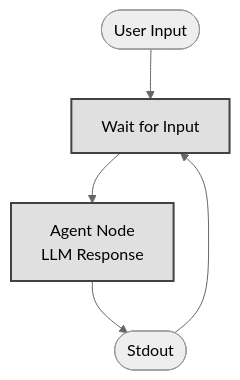
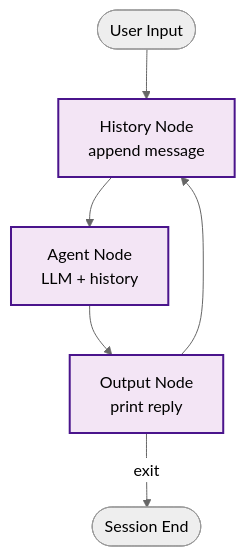
Before and after one commit to EzekTec-Inc/AgentFlow: the diagram in examples/REPL.md, drawn with Mermaid (neutral theme). The commit also changed other lines of this file and 23 other files, not shown here.

````diff
--- a/examples/REPL.md
+++ b/examples/REPL.md
@@ -17,10 +29,11 @@
 ```mermaid
 graph TD
-    User([User Input]) --> Wait[Wait for Input]
-    Wait --> Agent[Agent Node<br>LLM Response]
-    Agent --> Output([Stdout])
-    Output --> Wait
-    
-    classDef repl fill:#e0e0e0,stroke:#424242,stroke-width:2px;
-    class Wait,Agent repl;
+    User([User Input]) --> History[History Node<br>append message]
+    History --> Agent[Agent Node<br>LLM + history]
+    Agent --> Output[Output Node<br>print reply]
+    Output --> History
+    Output -->|exit| End([Session End])
+
+    classDef repl fill:#f3e5f5,stroke:#4a148c,stroke-width:2px;
+    class History,Agent,Output repl;
 ```
````
